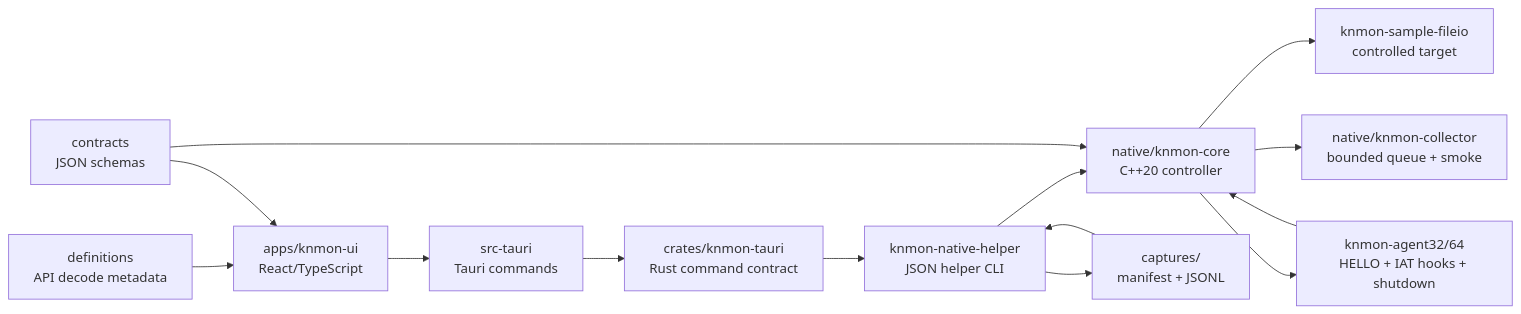
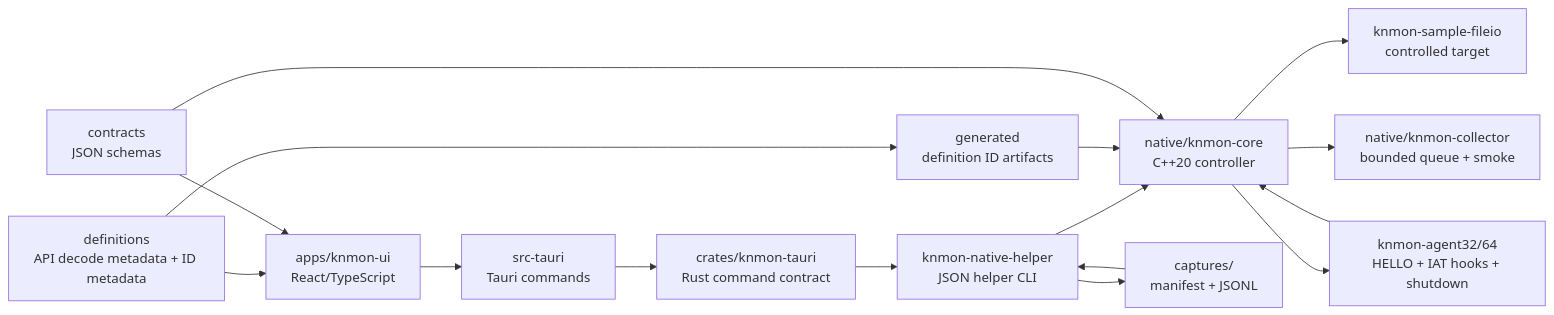
One commit to kernullist/KnWin32ApiMonitor changed the diagram in docs/architecture.md. Above: the diagram before and after it, drawn with Mermaid. The commit also changed other lines of this file and 37 other files, not shown here.

````diff
--- a/docs/architecture.md
+++ b/docs/architecture.md
@@ -13,28 +13,31 @@
 ```mermaid
 flowchart LR
     UI["apps/knmon-ui<br/>React/TypeScript"]
     TAURI["src-tauri<br/>Tauri commands"]
     RUST["crates/knmon-tauri<br/>Rust command contract"]
     CORE["native/knmon-core<br/>C++20 controller"]
     COL["native/knmon-collector<br/>bounded queue + smoke"]
     HELPER["knmon-native-helper<br/>JSON helper CLI"]
     SAMPLE["knmon-sample-fileio<br/>controlled target"]
     AGENT["knmon-agent32/64<br/>HELLO + IAT hooks + shutdown"]
     SESSION["captures/<br/>manifest + JSONL"]
-    DEF["definitions<br/>API decode metadata"]
+    DEF["definitions<br/>API decode metadata + ID metadata"]
+    GEN["generated<br/>definition ID artifacts"]
     CONTRACT["contracts<br/>JSON schemas"]
 
     UI --> TAURI
     TAURI --> RUST
     RUST --> HELPER
     HELPER --> CORE
     CORE --> SAMPLE
     CORE --> AGENT
     AGENT --> CORE
     CORE --> COL
     HELPER --> SESSION
     SESSION --> HELPER
+    DEF --> GEN
+    GEN --> CORE
     DEF --> UI
     CONTRACT --> UI
     CONTRACT --> CORE
 ```
````
